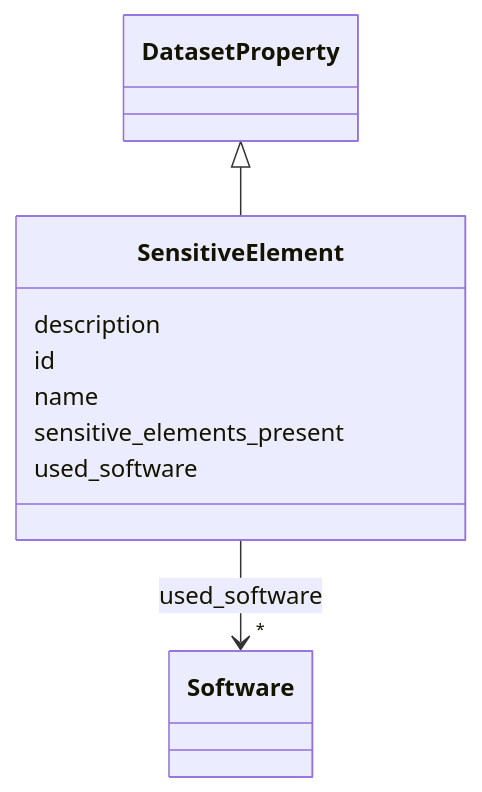
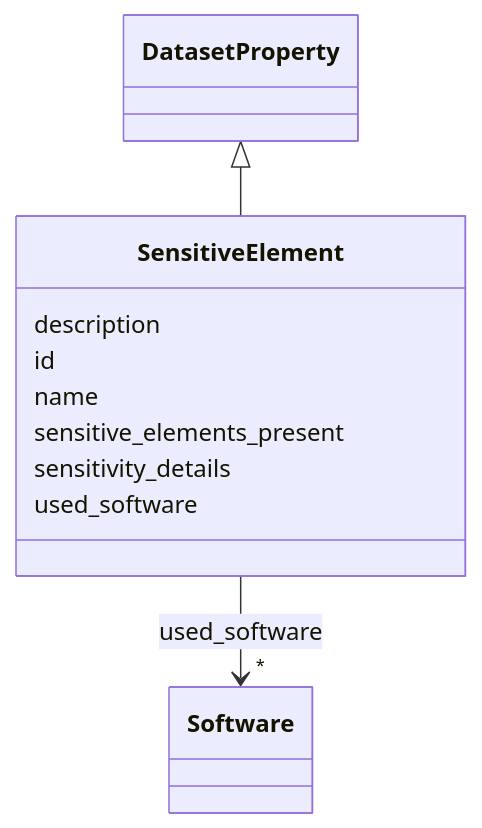
The diagram in docs/SensitiveElement.md (bridge2ai/data-sheets-schema), drawn with Mermaid before and after one commit. The commit also changed other lines of this file and 682 other files, not shown here.

````diff
--- a/docs/SensitiveElement.md
+++ b/docs/SensitiveElement.md
@@ -20,28 +20,30 @@
 ```mermaid
  classDiagram
     class SensitiveElement
     click SensitiveElement href "../SensitiveElement/"
       DatasetProperty <|-- SensitiveElement
         click DatasetProperty href "../DatasetProperty/"
       
       SensitiveElement : description
         
       SensitiveElement : id
         
       SensitiveElement : name
         
       SensitiveElement : sensitive_elements_present
         
+      SensitiveElement : sensitivity_details
+        
       SensitiveElement : used_software
         
           
     
         
         
         SensitiveElement --> "*" Software : used_software
         click Software href "../Software/"
     
 
         
       
 ```
````
